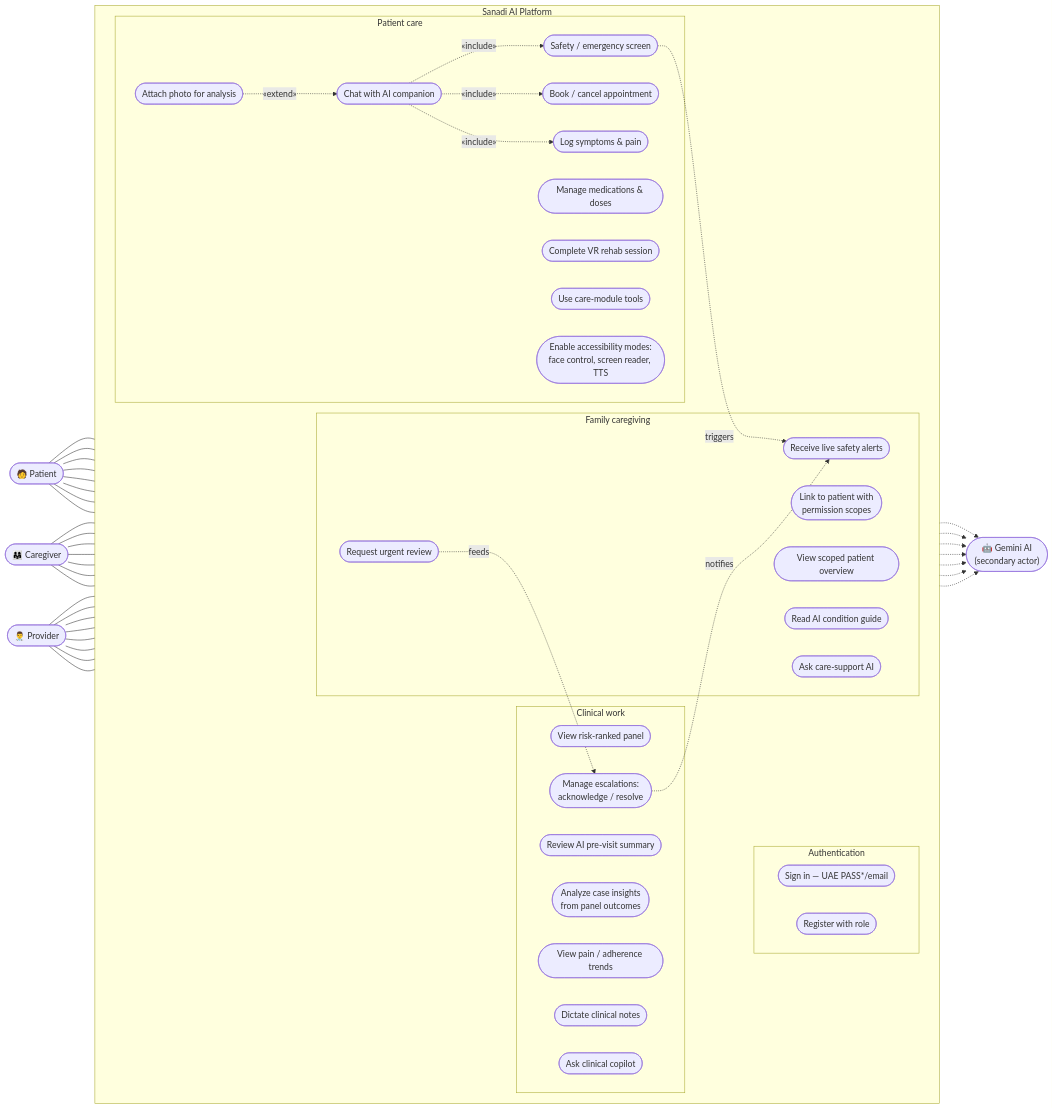
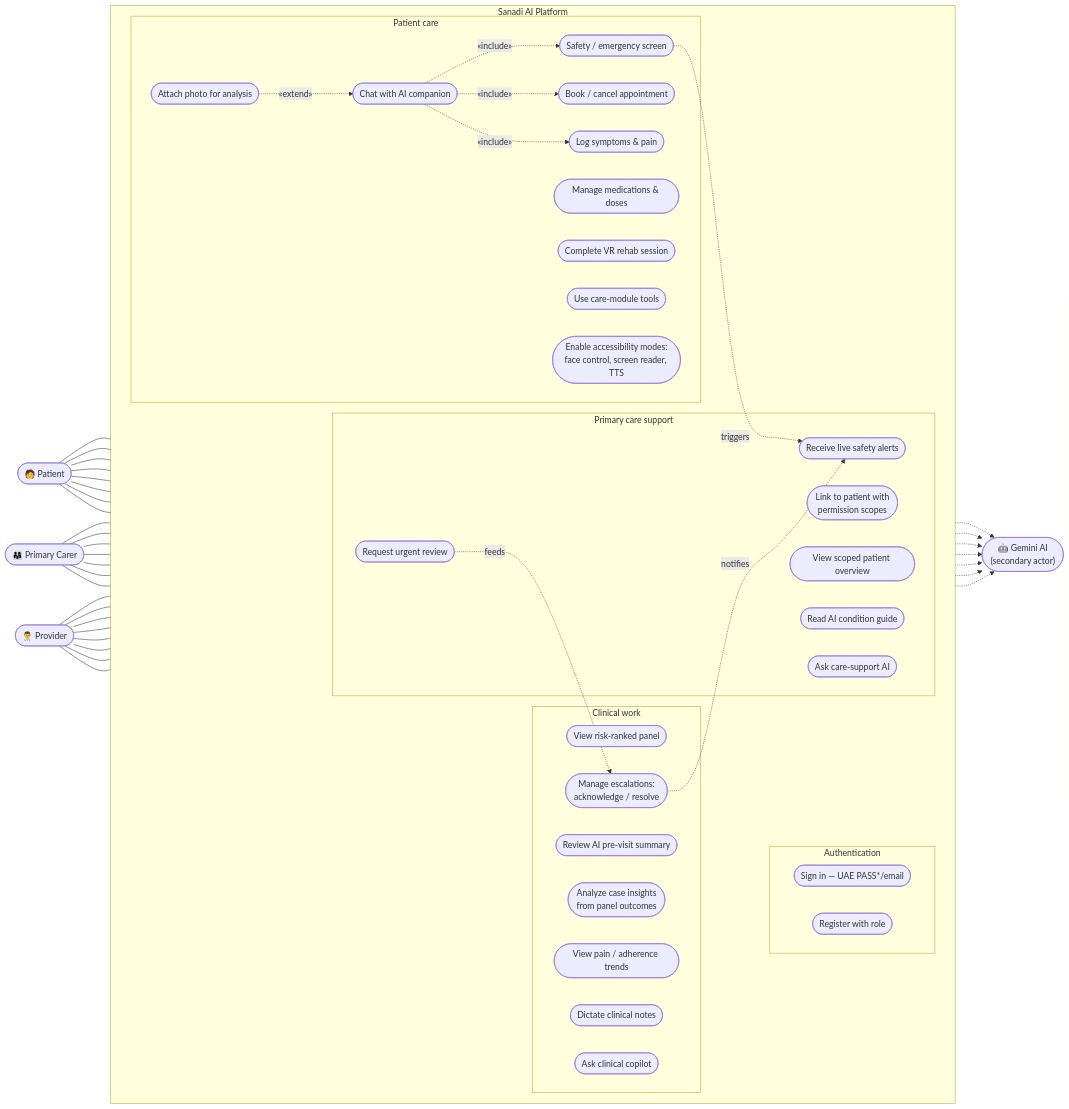
The first of 8 diagrams in docs/DESIGN.md (KhadejaAhmedKZ/Sanadi-AI), drawn with Mermaid before and after one commit. The commit also changed other lines of this file and 19 other files, not shown here.

````diff
--- a/docs/DESIGN.md
+++ b/docs/DESIGN.md
@@ -15,57 +15,57 @@
 ```mermaid
 flowchart LR
     P(["🧑 Patient"])
-    C(["👨‍👩‍👧 Caregiver"])
+    C(["👨‍👩‍👧 Primary Carer"])
     D(["👨‍⚕️ Provider"])
     G(["🤖 Gemini AI<br/>(secondary actor)"])
 
     subgraph S["Sanadi AI Platform"]
         direction LR
         subgraph AUTH["Authentication"]
             UC0([Sign in — UAE PASS*/email])
             UC0b([Register with role])
         end
         subgraph PAT["Patient care"]
             UC1([Chat with AI companion])
             UC1b([Attach photo for analysis])
             UC1c([Safety / emergency screen])
             UC2([Book / cancel appointment])
             UC3([Log symptoms & pain])
             UC4([Manage medications & doses])
             UC5([Complete VR rehab session])
             UC6([Use care-module tools])
             UC7([Enable accessibility modes:<br/>face control, screen reader, TTS])
         end
-        subgraph CG["Family caregiving"]
+        subgraph CG["Primary care support"]
             UC8([Link to patient with<br/>permission scopes])
             UC9([View scoped patient overview])
             UC10([Receive live safety alerts])
             UC11([Request urgent review])
             UC12([Read AI condition guide])
             UC13([Ask care-support AI])
         end
         subgraph PR["Clinical work"]
             UC14([View risk-ranked panel])
             UC15([Review AI pre-visit summary])
             UC16([Analyze case insights<br/>from panel outcomes])
             UC17([View pain / adherence trends])
             UC18([Manage escalations:<br/>acknowledge / resolve])
             UC19([Dictate clinical notes])
             UC20([Ask clinical copilot])
         end
     end
 
     P --- UC0 & UC1 & UC2 & UC3 & UC4 & UC5 & UC6 & UC7
     C --- UC0 & UC8 & UC9 & UC10 & UC11 & UC12 & UC13
     D --- UC0 & UC14 & UC15 & UC16 & UC17 & UC18 & UC19 & UC20
 
     UC1 -. «include» .-> UC1c
     UC1b -. «extend» .-> UC1
     UC1 -. «include» .-> UC2
     UC1 -. «include» .-> UC3
     UC1c -. triggers .-> UC10
     UC11 -. feeds .-> UC18
     UC18 -. notifies .-> UC10
 
     UC1 & UC1b & UC12 & UC13 & UC15 & UC16 & UC20 -.-> G
 ```
````
